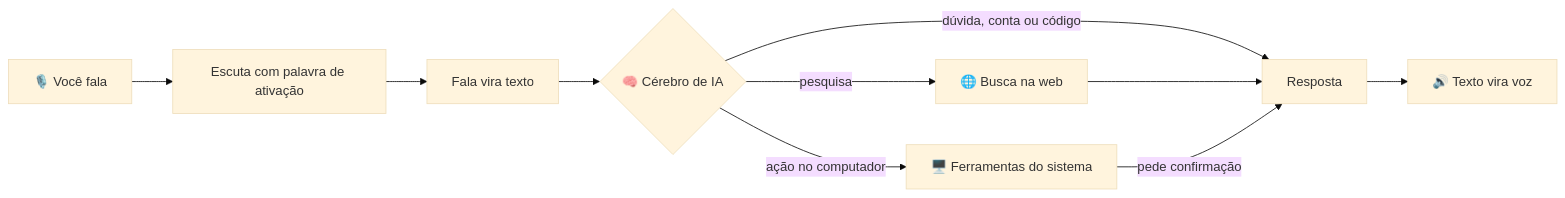
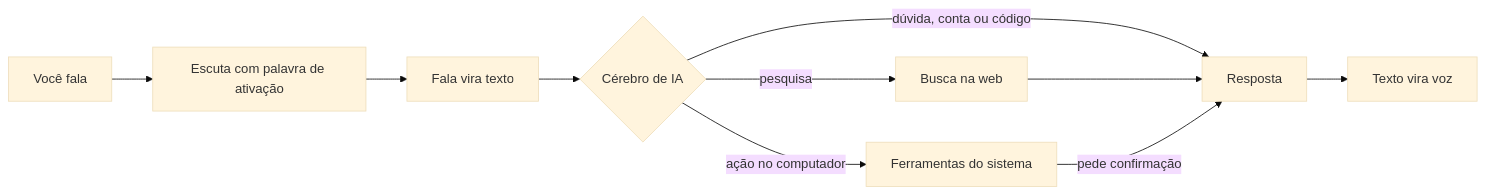
The diagram in README.md (matheussaf/SEXTA-FEIRA), drawn with Mermaid (base theme) before and after one commit.

Commit message:
Fix formatting in README flowchart section

````diff
--- a/README.md
+++ b/README.md
@@ -53,12 +53,12 @@
 ```mermaid
 flowchart LR
-    A[🎙️ Você fala] --> B[Escuta com palavra de ativação]
+    A[ Você fala] --> B[Escuta com palavra de ativação]
     B --> C[Fala vira texto]
-    C --> D{🧠 Cérebro de IA}
+    C --> D{ Cérebro de IA}
     D -->|dúvida, conta ou código| E[Resposta]
-    D -->|pesquisa| F[🌐 Busca na web]
-    D -->|ação no computador| G[🖥️ Ferramentas do sistema]
+    D -->|pesquisa| F[ Busca na web]
+    D -->|ação no computador| G[ Ferramentas do sistema]
     F --> E
     G -->|pede confirmação| E
-    E --> H[🔊 Texto vira voz]
+    E --> H[ Texto vira voz]
 ```
````
